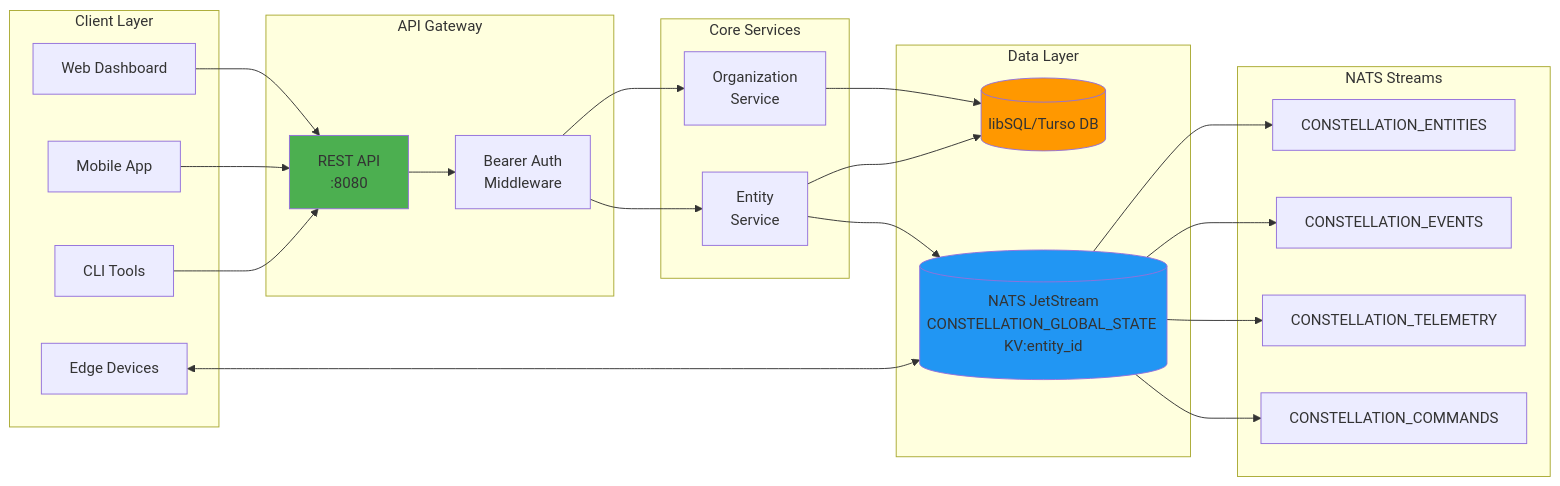
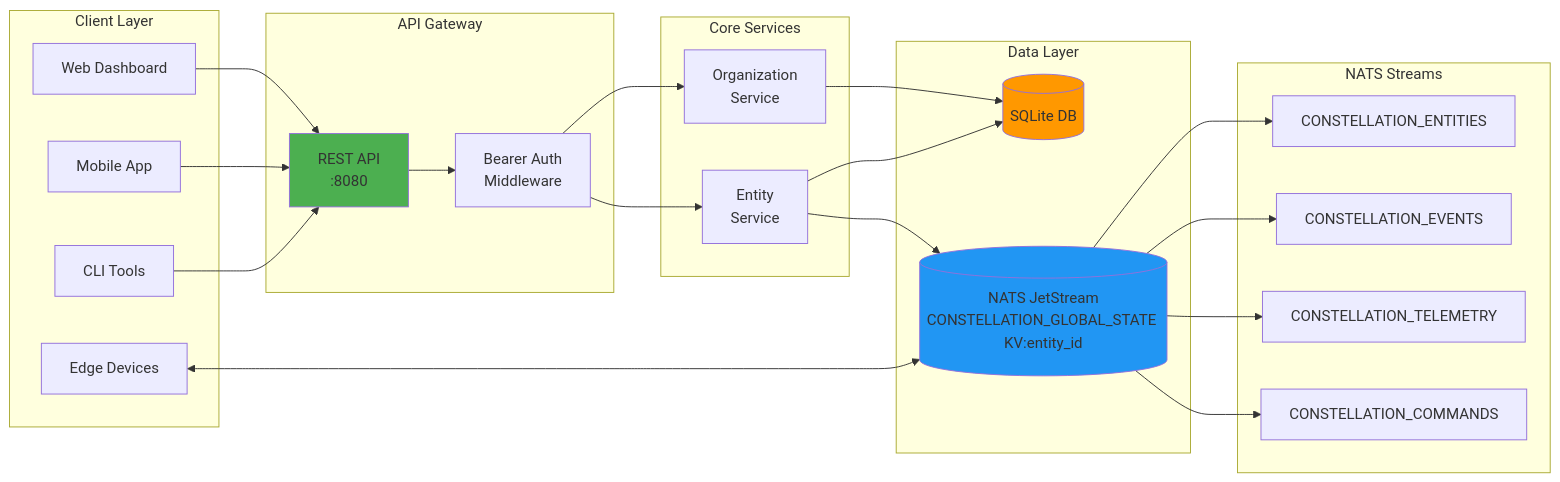
The first of 2 diagrams in README.md (xznhj8129/constellation-overwatch), drawn with Mermaid before and after one commit. The commit also changed other lines of this file, not shown here.

````diff
--- a/README.md
+++ b/README.md
@@ -59,43 +60,43 @@
 ```mermaid
 graph LR
     subgraph "Client Layer"
         C1[Web Dashboard]
         C2[Mobile App]
         C3[CLI Tools]
         C4[Edge Devices]
     end
     
     subgraph "API Gateway"
         API[REST API<br/>:8080]
         AUTH[Bearer Auth<br/>Middleware]
     end
     
     subgraph "Core Services"
         OS[Organization<br/>Service]
         ES[Entity<br/>Service]
     end
     
     subgraph "Data Layer"
-        DB[(libSQL/Turso DB)]
+        DB[(SQLite DB)]
         NATS[(NATS JetStream<br/>CONSTELLATION_GLOBAL_STATE KV:entity_id)]
     end
     
     subgraph "NATS Streams"
         S1[CONSTELLATION_ENTITIES]
         S2[CONSTELLATION_EVENTS]
         S3[CONSTELLATION_TELEMETRY]
         S4[CONSTELLATION_COMMANDS]
     end
     
     C1 & C2 & C3 --> API
     C4 <--> NATS
     API --> AUTH
     AUTH --> OS & ES
     OS & ES --> DB
     ES --> NATS
     NATS --> S1 & S2 & S3 & S4
     
     style API fill:#4CAF50
     style NATS fill:#2196F3
     style DB fill:#FF9800
 ```
````
